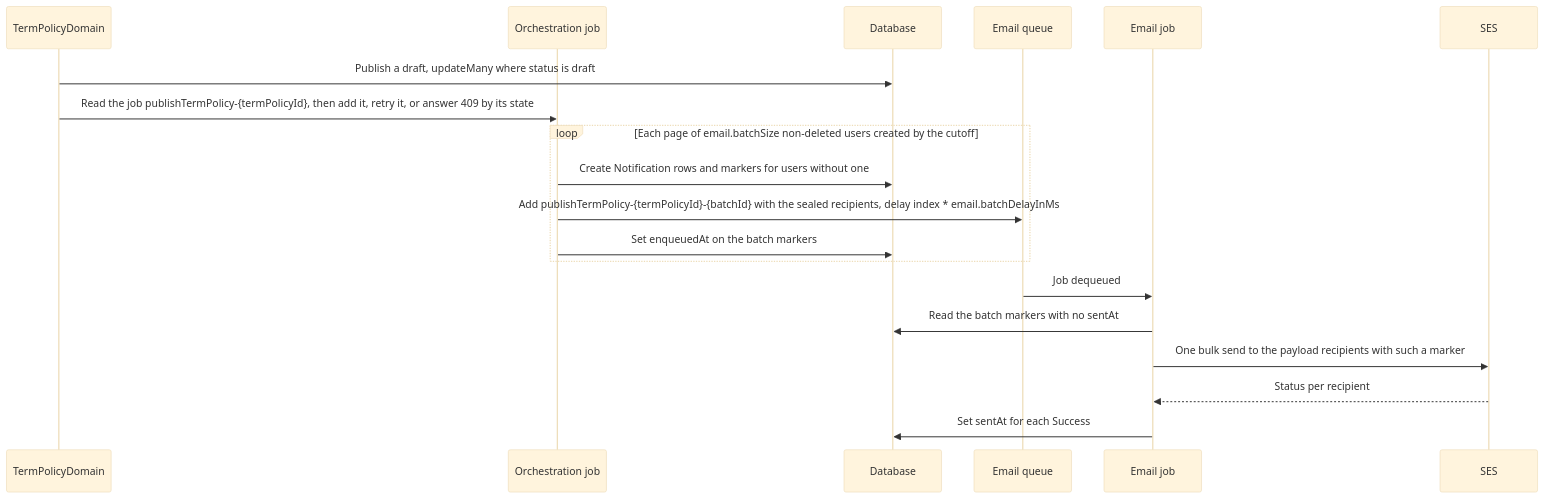
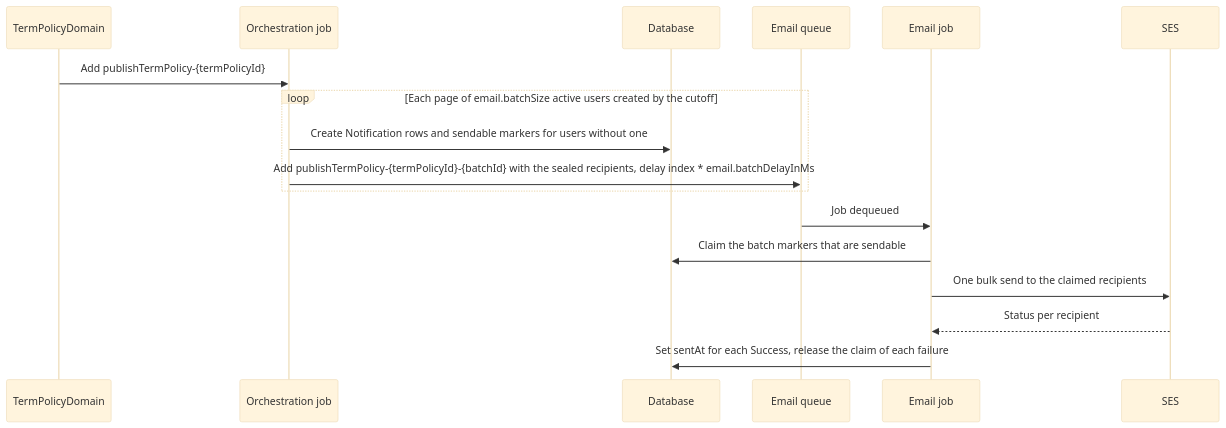
The first of 3 diagrams in docs/notification.md (andrechristikan/ack-nestjs-boilerplate), drawn with Mermaid (base theme) before and after one commit. The commit also changed other lines of this file and 62 other files, not shown here.

Commit message:
feat(term-policy): Make publish one-shot and add resend email endpoint

````diff
--- a/docs/notification.md
+++ b/docs/notification.md
@@ -473,22 +487,20 @@
 ```mermaid
 sequenceDiagram
     participant TP as TermPolicyDomain
     participant OQ as Orchestration job
     participant DB as Database
     participant EQ as Email queue
     participant EM as Email job
     participant SES
 
-    TP->>DB: Publish a draft, updateMany where status is draft
-    TP->>OQ: Read the job publishTermPolicy-{termPolicyId}, then add it, retry it, or answer 409 by its state
-    loop Each page of email.batchSize non-deleted users created by the cutoff
-        OQ->>DB: Create Notification rows and markers for users without one
+    TP->>OQ: Add publishTermPolicy-{termPolicyId}
+    loop Each page of email.batchSize active users created by the cutoff
+        OQ->>DB: Create Notification rows and sendable markers for users without one
         OQ->>EQ: Add publishTermPolicy-{termPolicyId}-{batchId} with the sealed recipients, delay index * email.batchDelayInMs
-        OQ->>DB: Set enqueuedAt on the batch markers
     end
     EQ->>EM: Job dequeued
-    EM->>DB: Read the batch markers with no sentAt
-    EM->>SES: One bulk send to the payload recipients with such a marker
+    EM->>DB: Claim the batch markers that are sendable
+    EM->>SES: One bulk send to the claimed recipients
     SES-->>EM: Status per recipient
-    EM->>DB: Set sentAt for each Success
+    EM->>DB: Set sentAt for each Success, release the claim of each failure
 ```
````
